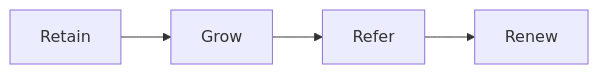
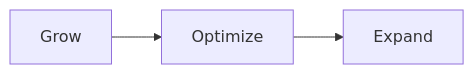
Before and after one commit to redrhino-online/red-canon: the sixth of 6 diagrams in docs/method/develop-audience.md, drawn with Mermaid. The commit also changed other lines of this file and 3 other files, not shown here.

````diff
--- a/docs/method/develop-audience.md
+++ b/docs/method/develop-audience.md
@@ -61,4 +88,4 @@
 ```mermaid
 flowchart LR
-    A[Retain] --> B[Grow] --> C[Refer] --> D[Renew]
+    A[Grow] --> B[Optimize] --> C[Expand]
 ```
````
